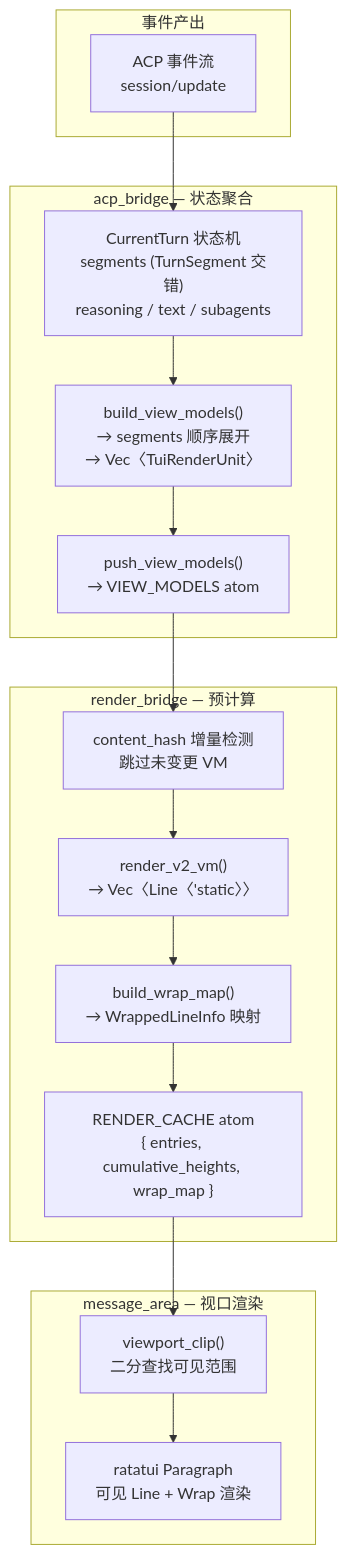
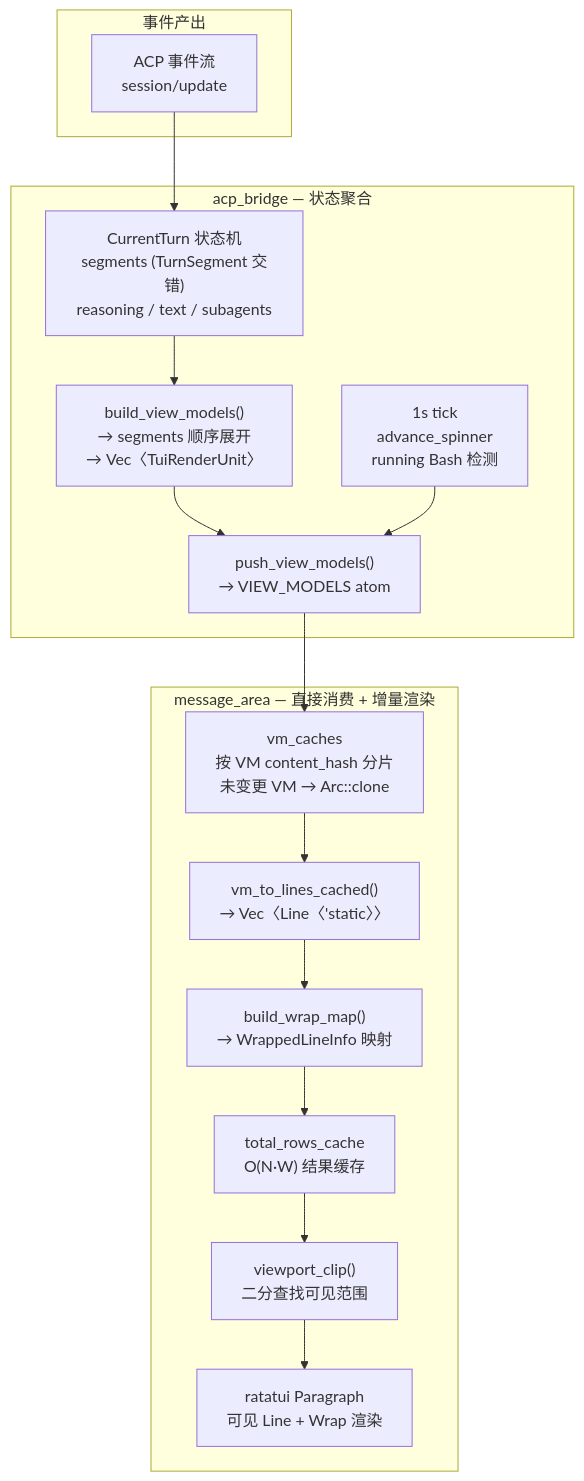
One commit to KonghaYao/peri changed the eighth of 9 diagrams in docs/design/tui-acp-data-flow.md. Above: the diagram before and after it, drawn with Mermaid. The commit also changed other lines of this file and 22 other files, not shown here.

````diff
--- a/docs/design/tui-acp-data-flow.md
+++ b/docs/design/tui-acp-data-flow.md
@@ -654,34 +716,33 @@
 ```mermaid
 graph TB
     subgraph EVENTS["事件产出"]
         ACP["ACP 事件流<br/>session/update"]
     end
 
     subgraph BRIDGE["acp_bridge — 状态聚合"]
         CT["CurrentTurn 状态机<br/>segments (TurnSegment 交错)<br/>reasoning / text / subagents"]
         BV["build_view_models()<br/>→ segments 顺序展开<br/>→ Vec〈TuiRenderUnit〉"]
         PS["push_view_models()<br/>→ VIEW_MODELS atom"]
+        TICK["1s tick<br/>advance_spinner<br/>running Bash 检测"]
     end
 
-    subgraph RENDER["render_bridge — 预计算"]
-        DH["content_hash 增量检测<br/>跳过未变更 VM"]
-        MARK["render_v2_vm()<br/>→ Vec〈Line〈'static〉〉"]
+    subgraph MSG["message_area — 直接消费 + 增量渲染"]
+        CACHE["vm_caches<br/>按 VM content_hash 分片<br/>未变更 VM → Arc::clone"]
+        LINES["vm_to_lines_cached()<br/>→ Vec〈Line〈'static〉〉"]
         WRAP["build_wrap_map()<br/>→ WrappedLineInfo 映射"]
-        RC["RENDER_CACHE atom<br/>{ entries, cumulative_heights, wrap_map }"]
-    end
-
-    subgraph MSG["message_area — 视口渲染"]
+        TOTAL["total_rows_cache<br/>O(N·W) 结果缓存"]
         VP["viewport_clip()<br/>二分查找可见范围"]
         PARA["ratatui Paragraph<br/>可见 Line + Wrap 渲染"]
     end
 
     ACP --> CT
     CT --> BV
     BV --> PS
-    PS --> DH
-    DH --> MARK
-    MARK --> WRAP
-    WRAP --> RC
-    RC --> VP
+    TICK --> PS
+    PS --> CACHE
+    CACHE --> LINES
+    LINES --> WRAP
+    WRAP --> TOTAL
+    TOTAL --> VP
     VP --> PARA
 ```
````
